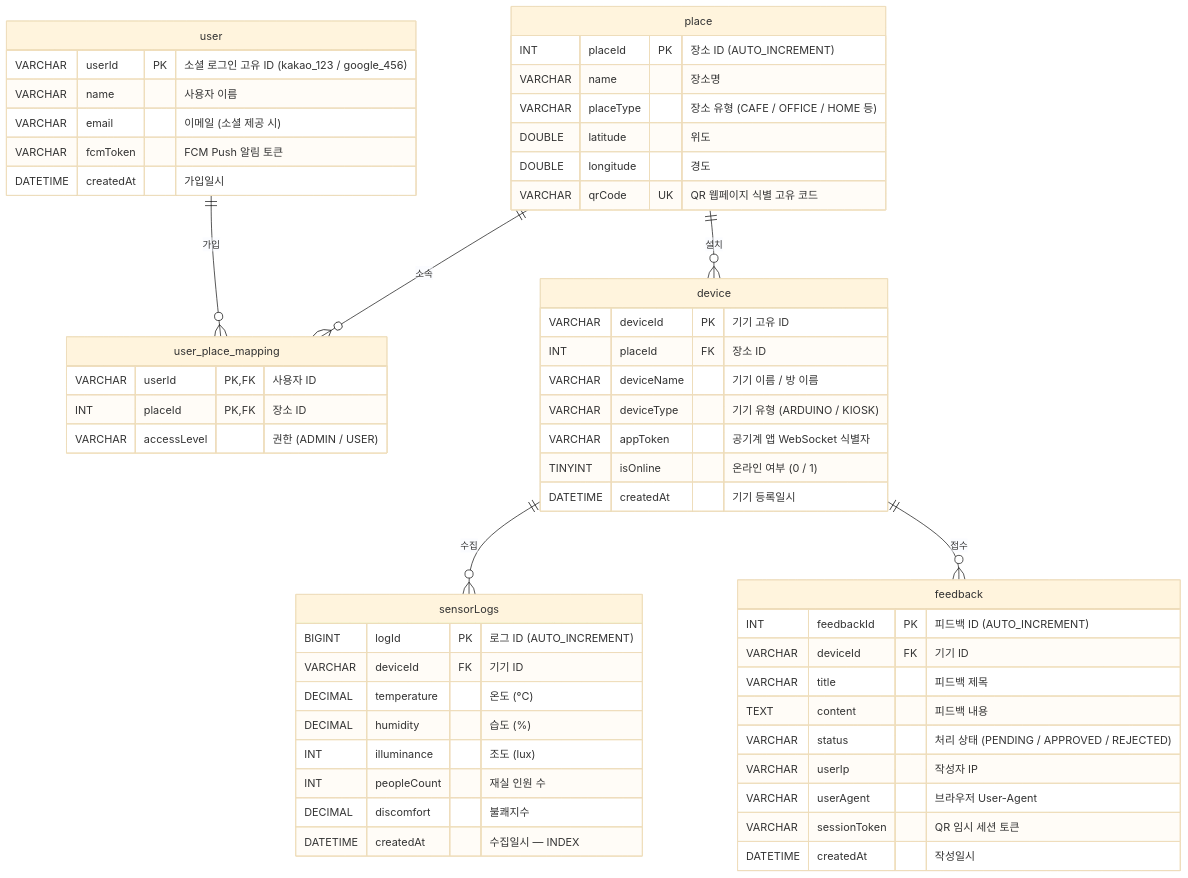
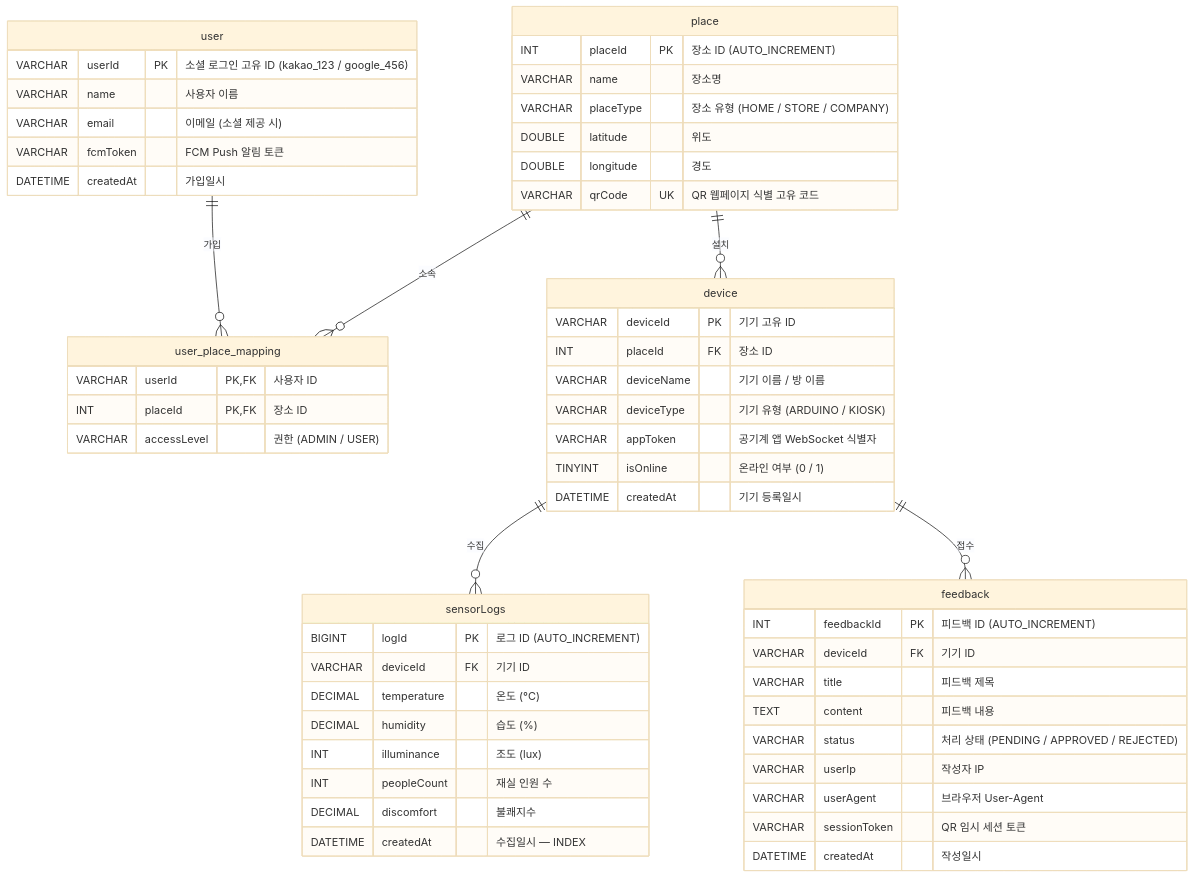
Before and after one commit to seongh06/reborn: the diagram in .claude/docs/reborn_erd.md, drawn with Mermaid (base theme). The commit also changed 8 other files, not shown here.

````diff
--- a/.claude/docs/reborn_erd.md
+++ b/.claude/docs/reborn_erd.md
@@ -3,64 +3,64 @@
 ```mermaid
 erDiagram
     user {
         VARCHAR userId PK "소셜 로그인 고유 ID (kakao_123 / google_456)"
         VARCHAR name "사용자 이름"
         VARCHAR email "이메일 (소셜 제공 시)"
         VARCHAR fcmToken "FCM Push 알림 토큰"
         DATETIME createdAt "가입일시"
     }
 
     place {
         INT placeId PK "장소 ID (AUTO_INCREMENT)"
         VARCHAR name "장소명"
-        VARCHAR placeType "장소 유형 (CAFE / OFFICE / HOME 등)"
+        VARCHAR placeType "장소 유형 (HOME / STORE / COMPANY)"
         DOUBLE latitude "위도"
         DOUBLE longitude "경도"
         VARCHAR qrCode UK "QR 웹페이지 식별 고유 코드"
     }
 
     user_place_mapping {
         VARCHAR userId PK,FK "사용자 ID"
         INT placeId PK,FK "장소 ID"
         VARCHAR accessLevel "권한 (ADMIN / USER)"
     }
 
     device {
         VARCHAR deviceId PK "기기 고유 ID"
         INT placeId FK "장소 ID"
         VARCHAR deviceName "기기 이름 / 방 이름"
         VARCHAR deviceType "기기 유형 (ARDUINO / KIOSK)"
         VARCHAR appToken "공기계 앱 WebSocket 식별자"
         TINYINT isOnline "온라인 여부 (0 / 1)"
         DATETIME createdAt "기기 등록일시"
     }
 
     sensorLogs {
         BIGINT logId PK "로그 ID (AUTO_INCREMENT)"
         VARCHAR deviceId FK "기기 ID"
         DECIMAL temperature "온도 (°C)"
         DECIMAL humidity "습도 (%)"
         INT illuminance "조도 (lux)"
         INT peopleCount "재실 인원 수"
         DECIMAL discomfort "불쾌지수"
         DATETIME createdAt "수집일시 — INDEX"
     }
 
     feedback {
         INT feedbackId PK "피드백 ID (AUTO_INCREMENT)"
         VARCHAR deviceId FK "기기 ID"
         VARCHAR title "피드백 제목"
         TEXT content "피드백 내용"
         VARCHAR status "처리 상태 (PENDING / APPROVED / REJECTED)"
         VARCHAR userIp "작성자 IP"
         VARCHAR userAgent "브라우저 User-Agent"
         VARCHAR sessionToken "QR 임시 세션 토큰"
         DATETIME createdAt "작성일시"
     }
 
     user            ||--o{ user_place_mapping : "가입"
     place           ||--o{ user_place_mapping : "소속"
     place           ||--o{ device             : "설치"
     device          ||--o{ sensorLogs         : "수집"
     device          ||--o{ feedback           : "접수"
 ```
````
